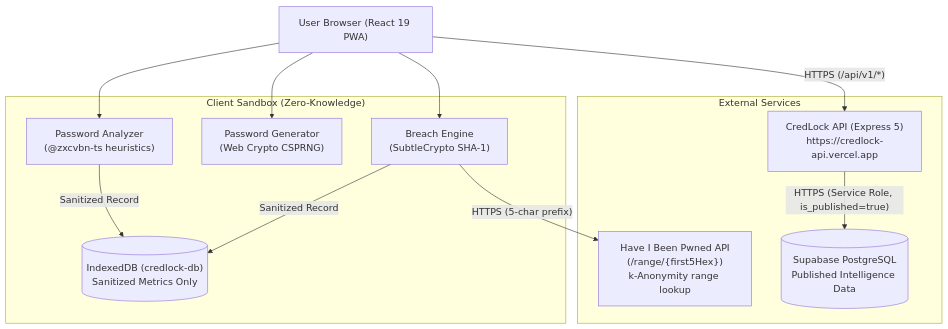
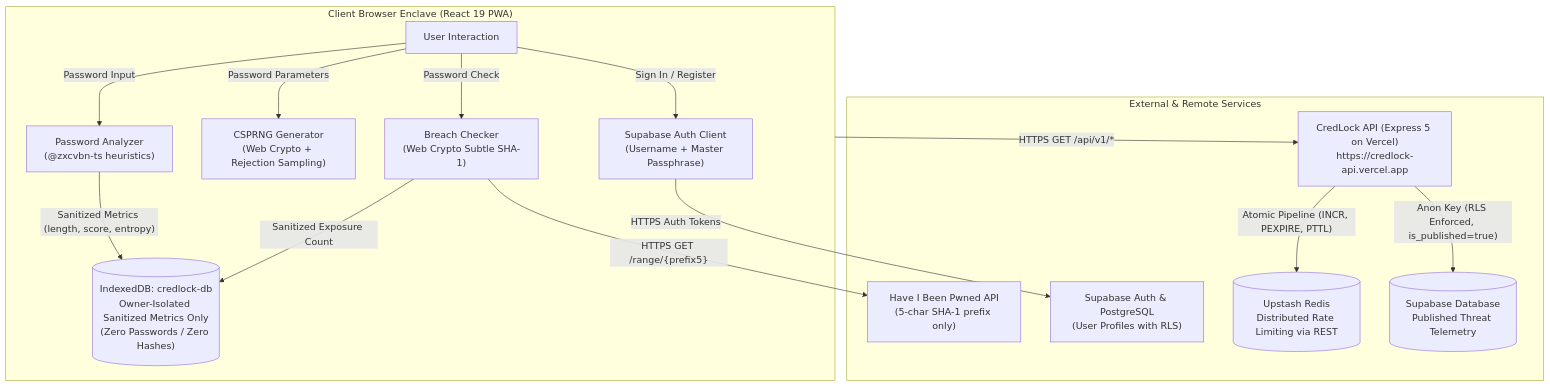
Before and after one commit to whosArlend/CredLock: the diagram in README.md, drawn with Mermaid. The commit also changed other lines of this file and 15 other files, not shown here.

Commit message:
feat: release v2.0.0 with identity enclave, owner-isolated storage, and backend rate limiting

````diff
--- a/README.md
+++ b/README.md
@@ -117,27 +70,34 @@
 ```mermaid
 flowchart TD
-    Client["User Browser (React 19 PWA)"]
-
-    subgraph Zero_Knowledge_Client["Client Sandbox (Zero-Knowledge)"]
+    subgraph Browser_Enclave["Client Browser Enclave (React 19 PWA)"]
+        User["User Interaction"]
         Analyzer["Password Analyzer\n(@zxcvbn-ts heuristics)"]
-        Generator["Password Generator\n(Web Crypto CSPRNG)"]
-        BreachEngine["Breach Engine\n(SubtleCrypto SHA-1)"]
-        IDB[("IndexedDB (credlock-db)\nSanitized Metrics Only")]
+        Generator["CSPRNG Generator\n(Web Crypto + Rejection Sampling)"]
+        BreachCheck["Breach Checker\n(Web Crypto Subtle SHA-1)"]
+        AuthUI["Supabase Auth Client\n(Username + Master Passphrase)"]
+        IDB[("IndexedDB: credlock-db\nOwner-Isolated Sanitized Metrics Only\n(Zero Passwords / Zero Hashes)")]
     end
 
-    subgraph Remote_Services["External Services"]
-        HIBP["Have I Been Pwned API\n(/range/{first5Hex})\nk-Anonymity range lookup"]
-        API["CredLock API (Express 5)\nhttps://credlock-api.vercel.app"]
-        DB[("Supabase PostgreSQL\nPublished Intelligence Data")]
+    subgraph External_APIs["External & Remote Services"]
+        HIBP["Have I Been Pwned API\n(5-char SHA-1 prefix only)"]
+        SupabaseAuth["Supabase Auth & PostgreSQL\n(User Profiles with RLS)"]
+        API["CredLock API (Express 5 on Vercel)\nhttps://credlock-api.vercel.app"]
+        Upstash[("Upstash Redis\nDistributed Rate Limiting via REST")]
+        SupabaseDB[("Supabase Database\nPublished Threat Telemetry")]
     end
 
-    Client --> Analyzer
-    Client --> Generator
-    Client --> BreachEngine
-    Analyzer -->|"Sanitized Record"| IDB
-    BreachEngine -->|"Sanitized Record"| IDB
+    User -->|"Password Input"| Analyzer
+    User -->|"Password Parameters"| Generator
+    User -->|"Password Check"| BreachCheck
+    User -->|"Sign In / Register"| AuthUI
 
-    BreachEngine -->|"HTTPS (5-char prefix)"| HIBP
-    Client -->|"HTTPS (/api/v1/*)"| API
-    API -->|"HTTPS (Service Role, is_published=true)"| DB
+    Analyzer -->|"Sanitized Metrics (length, score, entropy)"| IDB
+    BreachCheck -->|"Sanitized Exposure Count"| IDB
+
+    BreachCheck -->|"HTTPS GET /range/{prefix5}"| HIBP
+    AuthUI -->|"HTTPS Auth Tokens"| SupabaseAuth
+
+    Browser_Enclave -->|"HTTPS GET /api/v1/*"| API
+    API -->|"Atomic Pipeline (INCR, PEXPIRE, PTTL)"| Upstash
+    API -->|"Anon Key (RLS Enforced, is_published=true)"| SupabaseDB
 ```
````
